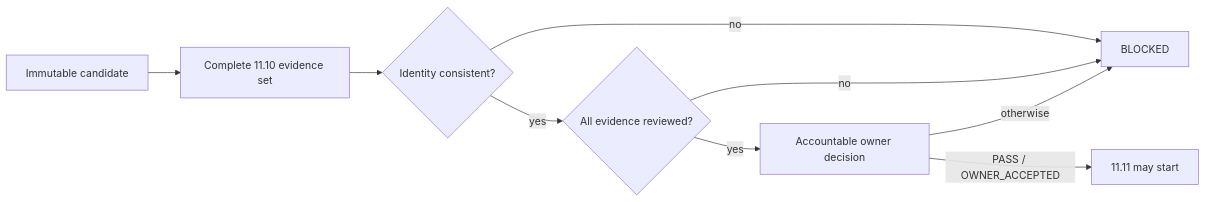
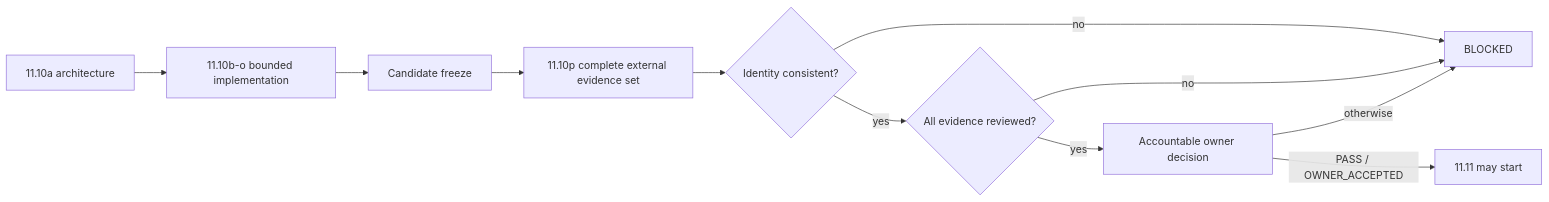
One commit to GJvManen/dtmo changed the diagram in docs/project/EXECUTIVE_DECISION_VIEW.md. Above: the diagram before and after it, drawn with Mermaid. The commit also changed other lines of this file, not shown here.

Commit message:
docs: reconcile decision view to workbench candidate completion

````diff
--- a/docs/project/EXECUTIVE_DECISION_VIEW.md
+++ b/docs/project/EXECUTIVE_DECISION_VIEW.md
@@ -29,11 +45,13 @@
 ```mermaid
 flowchart LR
-    C[Immutable candidate] --> E[Complete 11.10 evidence set]
+    A[11.10a architecture] --> B[11.10b-o bounded implementation]
+    B --> F[Candidate freeze]
+    F --> E[11.10p complete external evidence set]
     E --> I{Identity consistent?}
-    I -->|no| B[BLOCKED]
+    I -->|no| X[BLOCKED]
     I -->|yes| R{All evidence reviewed?}
-    R -->|no| B
+    R -->|no| X
     R -->|yes| O[Accountable owner decision]
-    O -->|PASS / OWNER_ACCEPTED| A[11.11 may start]
-    O -->|otherwise| B
+    O -->|PASS / OWNER_ACCEPTED| N[11.11 may start]
+    O -->|otherwise| X
 ```
````
